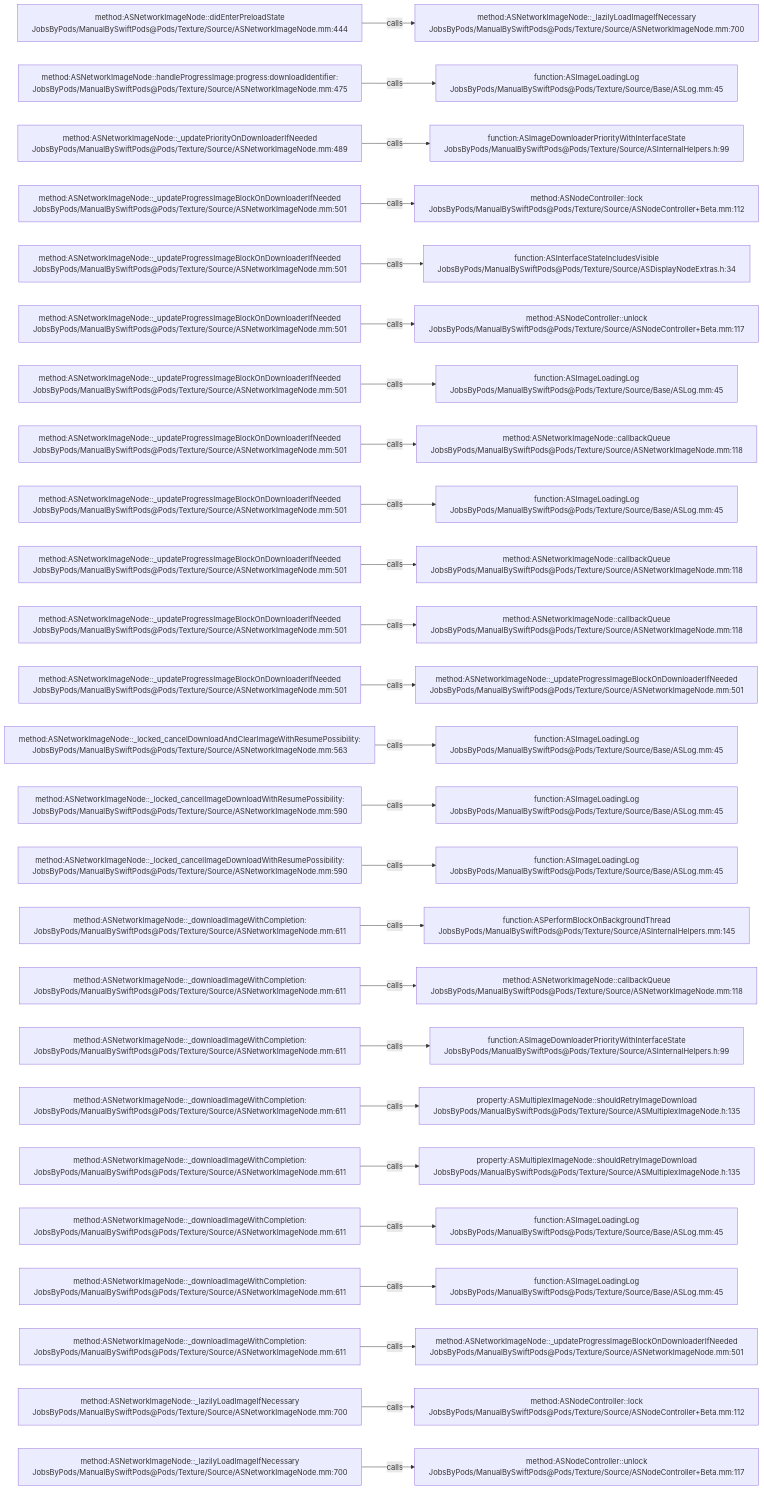
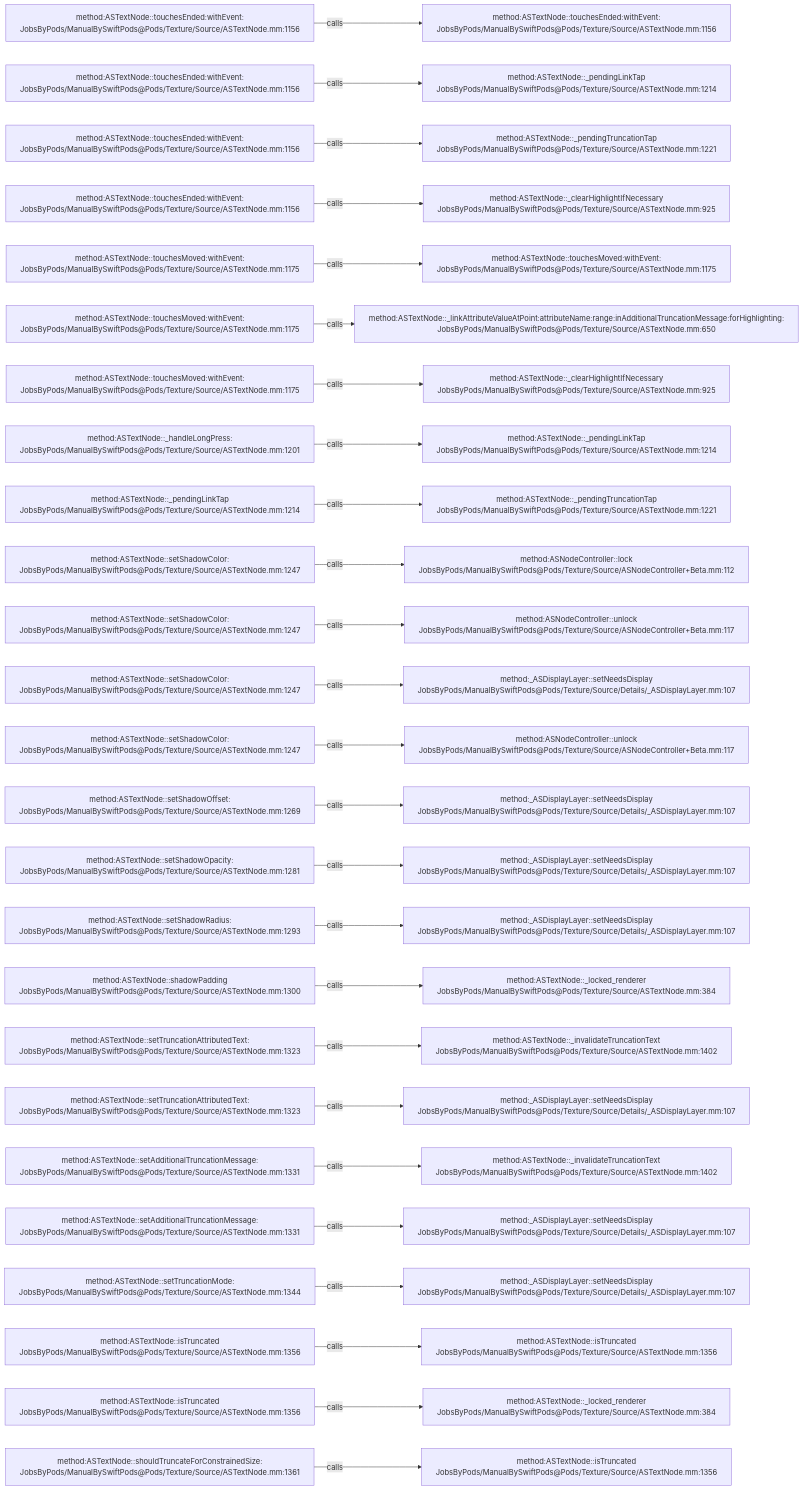
Before and after one commit to JobsKits/JobsSwiftBaseConfigDemo: the diagram in .codegraph/codegraph.md/graphs/calls-069.md, drawn with Mermaid. The commit also changed 832 other files, not shown here.

````diff
--- a/.codegraph/codegraph.md/graphs/calls-069.md
+++ b/.codegraph/codegraph.md/graphs/calls-069.md
@@ -13,78 +13,78 @@
 ```mermaid
 flowchart LR
-  S1["method:ASNetworkImageNode::didEnterPreloadState<br/>JobsByPods/ManualBySwiftPods@Pods/Texture/Source/ASNetworkImageNode.mm:444"]
-  T1["method:ASNetworkImageNode::_lazilyLoadImageIfNecessary<br/>JobsByPods/ManualBySwiftPods@Pods/Texture/Source/ASNetworkImageNode.mm:700"]
+  S1["method:ASTextNode::touchesEnded:withEvent:<br/>JobsByPods/ManualBySwiftPods@Pods/Texture/Source/ASTextNode.mm:1156"]
+  T1["method:ASTextNode::touchesEnded:withEvent:<br/>JobsByPods/ManualBySwiftPods@Pods/Texture/Source/ASTextNode.mm:1156"]
   S1 -->|calls| T1
-  S2["method:ASNetworkImageNode::handleProgressImage:progress:downloadIdentifier:<br/>JobsByPods/ManualBySwiftPods@Pods/Texture/Source/ASNetworkImageNode.mm:475"]
-  T2["function:ASImageLoadingLog<br/>JobsByPods/ManualBySwiftPods@Pods/Texture/Source/Base/ASLog.mm:45"]
+  S2["method:ASTextNode::touchesEnded:withEvent:<br/>JobsByPods/ManualBySwiftPods@Pods/Texture/Source/ASTextNode.mm:1156"]
+  T2["method:ASTextNode::_pendingLinkTap<br/>JobsByPods/ManualBySwiftPods@Pods/Texture/Source/ASTextNode.mm:1214"]
   S2 -->|calls| T2
-  S3["method:ASNetworkImageNode::_updatePriorityOnDownloaderIfNeeded<br/>JobsByPods/ManualBySwiftPods@Pods/Texture/Source/ASNetworkImageNode.mm:489"]
-  T3["function:ASImageDownloaderPriorityWithInterfaceState<br/>JobsByPods/ManualBySwiftPods@Pods/Texture/Source/ASInternalHelpers.h:99"]
+  S3["method:ASTextNode::touchesEnded:withEvent:<br/>JobsByPods/ManualBySwiftPods@Pods/Texture/Source/ASTextNode.mm:1156"]
+  T3["method:ASTextNode::_pendingTruncationTap<br/>JobsByPods/ManualBySwiftPods@Pods/Texture/Source/ASTextNode.mm:1221"]
   S3 -->|calls| T3
-  S4["method:ASNetworkImageNode::_updateProgressImageBlockOnDownloaderIfNeeded<br/>JobsByPods/ManualBySwiftPods@Pods/Texture/Source/ASNetworkImageNode.mm:501"]
-  T4["method:ASNodeController::lock<br/>JobsByPods/ManualBySwiftPods@Pods/Texture/Source/ASNodeController+Beta.mm:112"]
+  S4["method:ASTextNode::touchesEnded:withEvent:<br/>JobsByPods/ManualBySwiftPods@Pods/Texture/Source/ASTextNode.mm:1156"]
+  T4["method:ASTextNode::_clearHighlightIfNecessary<br/>JobsByPods/ManualBySwiftPods@Pods/Texture/Source/ASTextNode.mm:925"]
   S4 -->|calls| T4
-  S5["method:ASNetworkImageNode::_updateProgressImageBlockOnDownloaderIfNeeded<br/>JobsByPods/ManualBySwiftPods@Pods/Texture/Source/ASNetworkImageNode.mm:501"]
-  T5["function:ASInterfaceStateIncludesVisible<br/>JobsByPods/ManualBySwiftPods@Pods/Texture/Source/ASDisplayNodeExtras.h:34"]
+  S5["method:ASTextNode::touchesMoved:withEvent:<br/>JobsByPods/ManualBySwiftPods@Pods/Texture/Source/ASTextNode.mm:1175"]
+  T5["method:ASTextNode::touchesMoved:withEvent:<br/>JobsByPods/ManualBySwiftPods@Pods/Texture/Source/ASTextNode.mm:1175"]
   S5 -->|calls| T5
-  S6["method:ASNetworkImageNode::_updateProgressImageBlockOnDownloaderIfNeeded<br/>JobsByPods/ManualBySwiftPods@Pods/Texture/Source/ASNetworkImageNode.mm:501"]
-  T6["method:ASNodeController::unlock<br/>JobsByPods/ManualBySwiftPods@Pods/Texture/Source/ASNodeController+Beta.mm:117"]
+  S6["method:ASTextNode::touchesMoved:withEvent:<br/>JobsByPods/ManualBySwiftPods@Pods/Texture/Source/ASTextNode.mm:1175"]
+  T6["method:ASTextNode::_linkAttributeValueAtPoint:attributeName:range:inAdditionalTruncationMessage:forHighlighting:<br/>JobsByPods/ManualBySwiftPods@Pods/Texture/Source/ASTextNode.mm:650"]
   S6 -->|calls| T6
-  S7["method:ASNetworkImageNode::_updateProgressImageBlockOnDownloaderIfNeeded<br/>JobsByPods/ManualBySwiftPods@Pods/Texture/Source/ASNetworkImageNode.mm:501"]
-  T7["function:ASImageLoadingLog<br/>JobsByPods/ManualBySwiftPods@Pods/Texture/Source/Base/ASLog.mm:45"]
+  S7["method:ASTextNode::touchesMoved:withEvent:<br/>JobsByPods/ManualBySwiftPods@Pods/Texture/Source/ASTextNode.mm:1175"]
+  T7["method:ASTextNode::_clearHighlightIfNecessary<br/>JobsByPods/ManualBySwiftPods@Pods/Texture/Source/ASTextNode.mm:925"]
   S7 -->|calls| T7
-  S8["method:ASNetworkImageNode::_updateProgressImageBlockOnDownloaderIfNeeded<br/>JobsByPods/ManualBySwiftPods@Pods/Texture/Source/ASNetworkImageNode.mm:501"]
-  T8["method:ASNetworkImageNode::callbackQueue<br/>JobsByPods/ManualBySwiftPods@Pods/Texture/Source/ASNetworkImageNode.mm:118"]
+  S8["method:ASTextNode::_handleLongPress:<br/>JobsByPods/ManualBySwiftPods@Pods/Texture/Source/ASTextNode.mm:1201"]
+  T8["method:ASTextNode::_pendingLinkTap<br/>JobsByPods/ManualBySwiftPods@Pods/Texture/Source/ASTextNode.mm:1214"]
   S8 -->|calls| T8
-  S9["method:ASNetworkImageNode::_updateProgressImageBlockOnDownloaderIfNeeded<br/>JobsByPods/ManualBySwiftPods@Pods/Texture/Source/ASNetworkImageNode.mm:501"]
-  T9["function:ASImageLoadingLog<br/>JobsByPods/ManualBySwiftPods@Pods/Texture/Source/Base/ASLog.mm:45"]
+  S9["method:ASTextNode::_pendingLinkTap<br/>JobsByPods/ManualBySwiftPods@Pods/Texture/Source/ASTextNode.mm:1214"]
+  T9["method:ASTextNode::_pendingTruncationTap<br/>JobsByPods/ManualBySwiftPods@Pods/Texture/Source/ASTextNode.mm:1221"]
   S9 -->|calls| T9
-  S10["method:ASNetworkImageNode::_updateProgressImageBlockOnDownloaderIfNeeded<br/>JobsByPods/ManualBySwiftPods@Pods/Texture/Source/ASNetworkImageNode.mm:501"]
-  T10["method:ASNetworkImageNode::callbackQueue<br/>JobsByPods/ManualBySwiftPods@Pods/Texture/Source/ASNetworkImageNode.mm:118"]
+  S10["method:ASTextNode::setShadowColor:<br/>JobsByPods/ManualBySwiftPods@Pods/Texture/Source/ASTextNode.mm:1247"]
+  T10["method:ASNodeController::lock<br/>JobsByPods/ManualBySwiftPods@Pods/Texture/Source/ASNodeController+Beta.mm:112"]
   S10 -->|calls| T10
-  S11["method:ASNetworkImageNode::_updateProgressImageBlockOnDownloaderIfNeeded<br/>JobsByPods/ManualBySwiftPods@Pods/Texture/Source/ASNetworkImageNode.mm:501"]
-  T11["method:ASNetworkImageNode::callbackQueue<br/>JobsByPods/ManualBySwiftPods@Pods/Texture/Source/ASNetworkImageNode.mm:118"]
+  S11["method:ASTextNode::setShadowColor:<br/>JobsByPods/ManualBySwiftPods@Pods/Texture/Source/ASTextNode.mm:1247"]
+  T11["method:ASNodeController::unlock<br/>JobsByPods/ManualBySwiftPods@Pods/Texture/Source/ASNodeController+Beta.mm:117"]
   S11 -->|calls| T11
-  S12["method:ASNetworkImageNode::_updateProgressImageBlockOnDownloaderIfNeeded<br/>JobsByPods/ManualBySwiftPods@Pods/Texture/Source/ASNetworkImageNode.mm:501"]
-  T12["method:ASNetworkImageNode::_updateProgressImageBlockOnDownloaderIfNeeded<br/>JobsByPods/ManualBySwiftPods@Pods/Texture/Source/ASNetworkImageNode.mm:501"]
+  S12["method:ASTextNode::setShadowColor:<br/>JobsByPods/ManualBySwiftPods@Pods/Texture/Source/ASTextNode.mm:1247"]
+  T12["method:_ASDisplayLayer::setNeedsDisplay<br/>JobsByPods/ManualBySwiftPods@Pods/Texture/Source/Details/_ASDisplayLayer.mm:107"]
   S12 -->|calls| T12
-  S13["method:ASNetworkImageNode::_locked_cancelDownloadAndClearImageWithResumePossibility:<br/>JobsByPods/ManualBySwiftPods@Pods/Texture/Source/ASNetworkImageNode.mm:563"]
-  T13["function:ASImageLoadingLog<br/>JobsByPods/ManualBySwiftPods@Pods/Texture/Source/Base/ASLog.mm:45"]
+  S13["method:ASTextNode::setShadowColor:<br/>JobsByPods/ManualBySwiftPods@Pods/Texture/Source/ASTextNode.mm:1247"]
+  T13["method:ASNodeController::unlock<br/>JobsByPods/ManualBySwiftPods@Pods/Texture/Source/ASNodeController+Beta.mm:117"]
   S13 -->|calls| T13
-  S14["method:ASNetworkImageNode::_locked_cancelImageDownloadWithResumePossibility:<br/>JobsByPods/ManualBySwiftPods@Pods/Texture/Source/ASNetworkImageNode.mm:590"]
-  T14["function:ASImageLoadingLog<br/>JobsByPods/ManualBySwiftPods@Pods/Texture/Source/Base/ASLog.mm:45"]
+  S14["method:ASTextNode::setShadowOffset:<br/>JobsByPods/ManualBySwiftPods@Pods/Texture/Source/ASTextNode.mm:1269"]
+  T14["method:_ASDisplayLayer::setNeedsDisplay<br/>JobsByPods/ManualBySwiftPods@Pods/Texture/Source/Details/_ASDisplayLayer.mm:107"]
   S14 -->|calls| T14
-  S15["method:ASNetworkImageNode::_locked_cancelImageDownloadWithResumePossibility:<br/>JobsByPods/ManualBySwiftPods@Pods/Texture/Source/ASNetworkImageNode.mm:590"]
-  T15["function:ASImageLoadingLog<br/>JobsByPods/ManualBySwiftPods@Pods/Texture/Source/Base/ASLog.mm:45"]
+  S15["method:ASTextNode::setShadowOpacity:<br/>JobsByPods/ManualBySwiftPods@Pods/Texture/Source/ASTextNode.mm:1281"]
+  T15["method:_ASDisplayLayer::setNeedsDisplay<br/>JobsByPods/ManualBySwiftPods@Pods/Texture/Source/Details/_ASDisplayLayer.mm:107"]
   S15 -->|calls| T15
-  S16["method:ASNetworkImageNode::_downloadImageWithCompletion:<br/>JobsByPods/ManualBySwiftPods@Pods/Texture/Source/ASNetworkImageNode.mm:611"]
-  T16["function:ASPerformBlockOnBackgroundThread<br/>JobsByPods/ManualBySwiftPods@Pods/Texture/Source/ASInternalHelpers.mm:145"]
+  S16["method:ASTextNode::setShadowRadius:<br/>JobsByPods/ManualBySwiftPods@Pods/Texture/Source/ASTextNode.mm:1293"]
+  T16["method:_ASDisplayLayer::setNeedsDisplay<br/>JobsByPods/ManualBySwiftPods@Pods/Texture/Source/Details/_ASDisplayLayer.mm:107"]
   S16 -->|calls| T16
-  S17["method:ASNetworkImageNode::_downloadImageWithCompletion:<br/>JobsByPods/ManualBySwiftPods@Pods/Texture/Source/ASNetworkImageNode.mm:611"]
-  T17["method:ASNetworkImageNode::callbackQueue<br/>JobsByPods/ManualBySwiftPods@Pods/Texture/Source/ASNetworkImageNode.mm:118"]
+  S17["method:ASTextNode::shadowPadding<br/>JobsByPods/ManualBySwiftPods@Pods/Texture/Source/ASTextNode.mm:1300"]
+  T17["method:ASTextNode::_locked_renderer<br/>JobsByPods/ManualBySwiftPods@Pods/Texture/Source/ASTextNode.mm:384"]
   S17 -->|calls| T17
-  S18["method:ASNetworkImageNode::_downloadImageWithCompletion:<br/>JobsByPods/ManualBySwiftPods@Pods/Texture/Source/ASNetworkImageNode.mm:611"]
-  T18["function:ASImageDownloaderPriorityWithInterfaceState<br/>JobsByPods/ManualBySwiftPods@Pods/Texture/Source/ASInternalHelpers.h:99"]
+  S18["method:ASTextNode::setTruncationAttributedText:<br/>JobsByPods/ManualBySwiftPods@Pods/Texture/Source/ASTextNode.mm:1323"]
+  T18["method:ASTextNode::_invalidateTruncationText<br/>JobsByPods/ManualBySwiftPods@Pods/Texture/Source/ASTextNode.mm:1402"]
   S18 -->|calls| T18
-  S19["method:ASNetworkImageNode::_downloadImageWithCompletion:<br/>JobsByPods/ManualBySwiftPods@Pods/Texture/Source/ASNetworkImageNode.mm:611"]
-  T19["property:ASMultiplexImageNode::shouldRetryImageDownload<br/>JobsByPods/ManualBySwiftPods@Pods/Texture/Source/ASMultiplexImageNode.h:135"]
+  S19["method:ASTextNode::setTruncationAttributedText:<br/>JobsByPods/ManualBySwiftPods@Pods/Texture/Source/ASTextNode.mm:1323"]
+  T19["method:_ASDisplayLayer::setNeedsDisplay<br/>JobsByPods/ManualBySwiftPods@Pods/Texture/Source/Details/_ASDisplayLayer.mm:107"]
   S19 -->|calls| T19
-  S20["method:ASNetworkImageNode::_downloadImageWithCompletion:<br/>JobsByPods/ManualBySwiftPods@Pods/Texture/Source/ASNetworkImageNode.mm:611"]
-  T20["property:ASMultiplexImageNode::shouldRetryImageDownload<br/>JobsByPods/ManualBySwiftPods@Pods/Texture/Source/ASMultiplexImageNode.h:135"]
+  S20["method:ASTextNode::setAdditionalTruncationMessage:<br/>JobsByPods/ManualBySwiftPods@Pods/Texture/Source/ASTextNode.mm:1331"]
+  T20["method:ASTextNode::_invalidateTruncationText<br/>JobsByPods/ManualBySwiftPods@Pods/Texture/Source/ASTextNode.mm:1402"]
   S20 -->|calls| T20
-  S21["method:ASNetworkImageNode::_downloadImageWithCompletion:<br/>JobsByPods/ManualBySwiftPods@Pods/Texture/Source/ASNetworkImageNode.mm:611"]
-  T21["function:ASImageLoadingLog<br/>JobsByPods/ManualBySwiftPods@Pods/Texture/Source/Base/ASLog.mm:45"]
+  S21["method:ASTextNode::setAdditionalTruncationMessage:<br/>JobsByPods/ManualBySwiftPods@Pods/Texture/Source/ASTextNode.mm:1331"]
+  T21["method:_ASDisplayLayer::setNeedsDisplay<br/>JobsByPods/ManualBySwiftPods@Pods/Texture/Source/Details/_ASDisplayLayer.mm:107"]
   S21 -->|calls| T21
-  S22["method:ASNetworkImageNode::_downloadImageWithCompletion:<br/>JobsByPods/ManualBySwiftPods@Pods/Texture/Source/ASNetworkImageNode.mm:611"]
-  T22["function:ASImageLoadingLog<br/>JobsByPods/ManualBySwiftPods@Pods/Texture/Source/Base/ASLog.mm:45"]
+  S22["method:ASTextNode::setTruncationMode:<br/>JobsByPods/ManualBySwiftPods@Pods/Texture/Source/ASTextNode.mm:1344"]
+  T22["method:_ASDisplayLayer::setNeedsDisplay<br/>JobsByPods/ManualBySwiftPods@Pods/Texture/Source/Details/_ASDisplayLayer.mm:107"]
   S22 -->|calls| T22
-  S23["method:ASNetworkImageNode::_downloadImageWithCompletion:<br/>JobsByPods/ManualBySwiftPods@Pods/Texture/Source/ASNetworkImageNode.mm:611"]
-  T23["method:ASNetworkImageNode::_updateProgressImageBlockOnDownloaderIfNeeded<br/>JobsByPods/ManualBySwiftPods@Pods/Texture/Source/ASNetworkImageNode.mm:501"]
+  S23["method:ASTextNode::isTruncated<br/>JobsByPods/ManualBySwiftPods@Pods/Texture/Source/ASTextNode.mm:1356"]
+  T23["method:ASTextNode::isTruncated<br/>JobsByPods/ManualBySwiftPods@Pods/Texture/Source/ASTextNode.mm:1356"]
   S23 -->|calls| T23
-  S24["method:ASNetworkImageNode::_lazilyLoadImageIfNecessary<br/>JobsByPods/ManualBySwiftPods@Pods/Texture/Source/ASNetworkImageNode.mm:700"]
-  T24["method:ASNodeController::lock<br/>JobsByPods/ManualBySwiftPods@Pods/Texture/Source/ASNodeController+Beta.mm:112"]
+  S24["method:ASTextNode::isTruncated<br/>JobsByPods/ManualBySwiftPods@Pods/Texture/Source/ASTextNode.mm:1356"]
+  T24["method:ASTextNode::_locked_renderer<br/>JobsByPods/ManualBySwiftPods@Pods/Texture/Source/ASTextNode.mm:384"]
   S24 -->|calls| T24
-  S25["method:ASNetworkImageNode::_lazilyLoadImageIfNecessary<br/>JobsByPods/ManualBySwiftPods@Pods/Texture/Source/ASNetworkImageNode.mm:700"]
-  T25["method:ASNodeController::unlock<br/>JobsByPods/ManualBySwiftPods@Pods/Texture/Source/ASNodeController+Beta.mm:117"]
+  S25["method:ASTextNode::shouldTruncateForConstrainedSize:<br/>JobsByPods/ManualBySwiftPods@Pods/Texture/Source/ASTextNode.mm:1361"]
+  T25["method:ASTextNode::isTruncated<br/>JobsByPods/ManualBySwiftPods@Pods/Texture/Source/ASTextNode.mm:1356"]
   S25 -->|calls| T25
 ```
````
